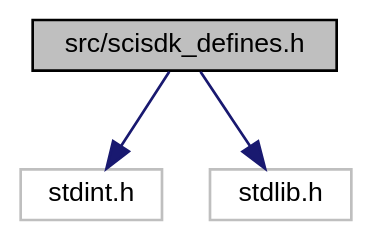
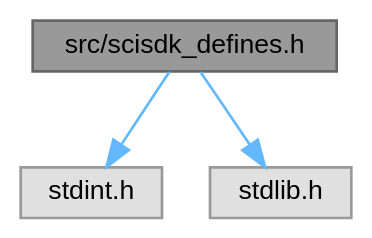
Before and after one commit to NuclearInstruments/SCISDK: the diagram in scisdk__defines_8h__incl.dot, drawn with Graphviz. The commit also changed 438 other files, not shown here.

```diff
--- a/scisdk__defines_8h__incl.dot
+++ b/scisdk__defines_8h__incl.dot
@@ -1,12 +1,12 @@
 digraph "src/scisdk_defines.h"
 {
  // LATEX_PDF_SIZE
   bgcolor="transparent";
-  edge [fontname="Helvetica",fontsize="10",labelfontname="Helvetica",labelfontsize="10"];
-  node [fontname="Helvetica",fontsize="10",shape=record];
-  Node1 [label="src/scisdk_defines.h",height=0.2,width=0.4,color="black", fillcolor="grey75", style="filled", fontcolor="black",tooltip=" "];
-  Node1 -> Node2 [color="midnightblue",fontsize="10",style="solid",fontname="Helvetica"];
-  Node2 [label="stdint.h",height=0.2,width=0.4,color="grey75",tooltip=" "];
-  Node1 -> Node3 [color="midnightblue",fontsize="10",style="solid",fontname="Helvetica"];
-  Node3 [label="stdlib.h",height=0.2,width=0.4,color="grey75",tooltip=" "];
+  edge [fontname=Helvetica,fontsize=10,labelfontname=Helvetica,labelfontsize=10];
+  node [fontname=Helvetica,fontsize=10,shape=box,height=0.2,width=0.4];
+  Node1 [id="Node000001",label="src/scisdk_defines.h",height=0.2,width=0.4,color="gray40", fillcolor="grey60", style="filled", fontcolor="black",tooltip=" "];
+  Node1 -> Node2 [id="edge1_Node000001_Node000002",color="steelblue1",style="solid",tooltip=" "];
+  Node2 [id="Node000002",label="stdint.h",height=0.2,width=0.4,color="grey60", fillcolor="#E0E0E0", style="filled",tooltip=" "];
+  Node1 -> Node3 [id="edge2_Node000001_Node000003",color="steelblue1",style="solid",tooltip=" "];
+  Node3 [id="Node000003",label="stdlib.h",height=0.2,width=0.4,color="grey60", fillcolor="#E0E0E0", style="filled",tooltip=" "];
 }
```
